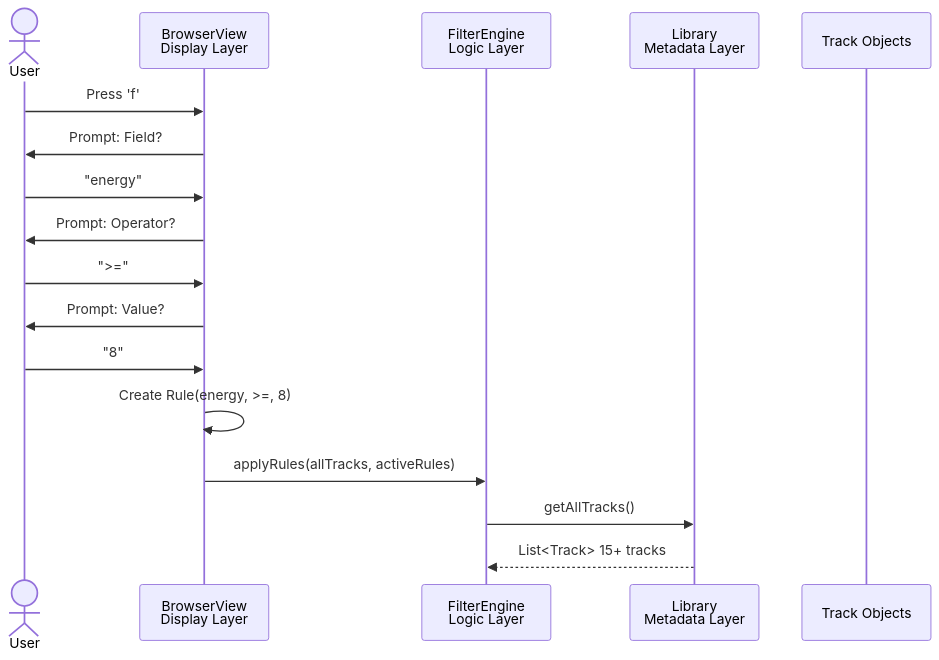
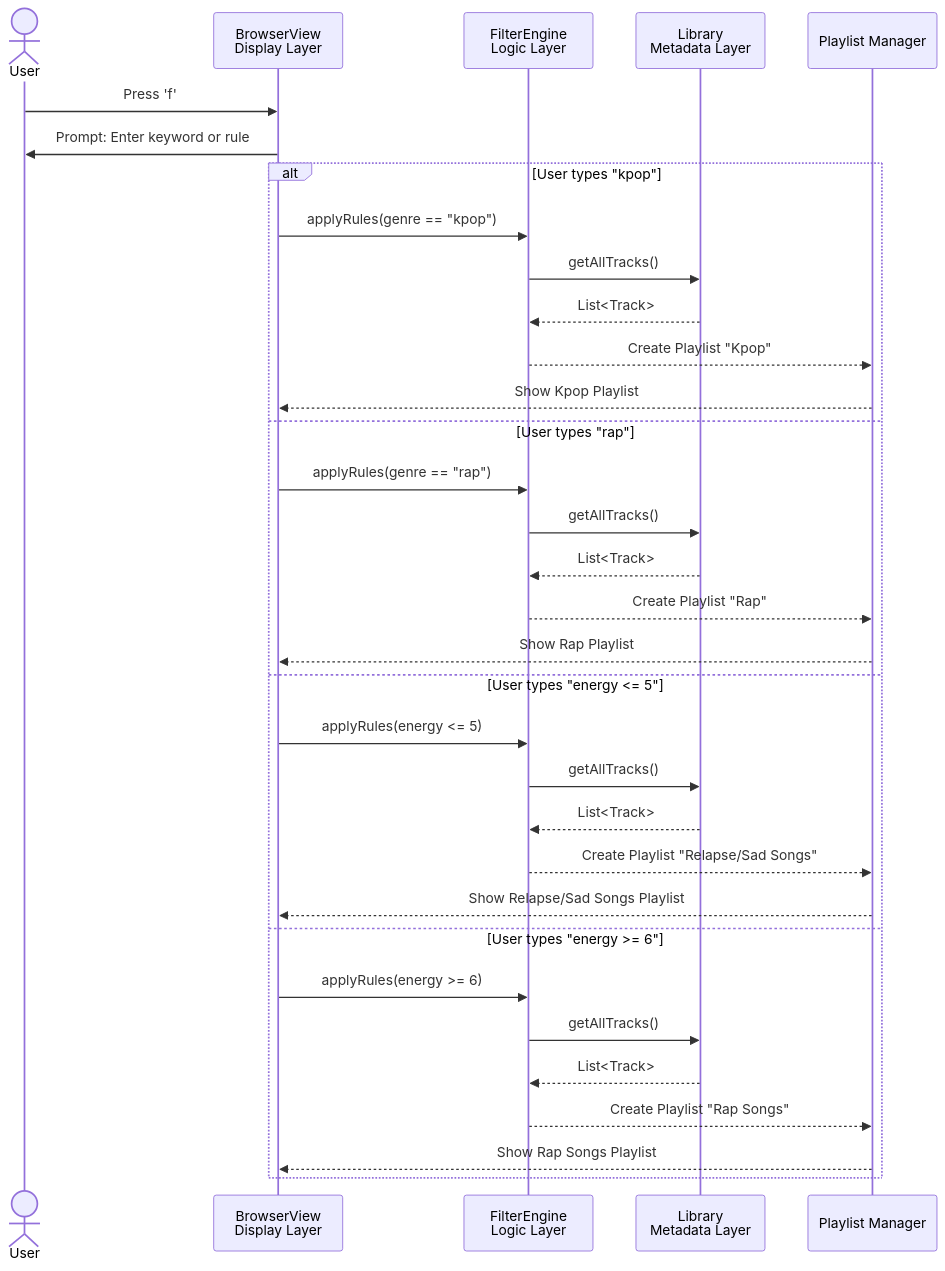
One commit to BSCpE-2-Software-Design/Libretto changed the second of 2 diagrams in README.md. Above: the diagram before and after it, drawn with Mermaid.

````diff
--- a/README.md
+++ b/README.md
@@ -48,20 +48,37 @@
 ```mermaid
 sequenceDiagram
     actor User
     participant UI as BrowserView<br/>Display Layer
     participant FE as FilterEngine<br/>Logic Layer  
     participant Lib as Library<br/>Metadata Layer
-    participant Track as Track Objects
-    
+    participant PL as Playlist Manager
+
     User->>UI: Press 'f'
-    UI->>User: Prompt: Field?
-    User->>UI: "energy"
-    UI->>User: Prompt: Operator?
-    User->>UI: ">="
-    UI->>User: Prompt: Value?
-    User->>UI: "8"
-    UI->>UI: Create Rule(energy, >=, 8)
-    UI->>FE: applyRules(allTracks, activeRules)
-    FE->>Lib: getAllTracks()
-    Lib-->>FE: List<Track> 15+ tracks
+    UI->>User: Prompt: Enter keyword or rule
+
+    alt User types "kpop"
+        UI->>FE: applyRules(genre == "kpop")
+        FE->>Lib: getAllTracks()
+        Lib-->>FE: List<Track>
+        FE-->>PL: Create Playlist "Kpop"
+        PL-->>UI: Show Kpop Playlist
+    else User types "rap"
+        UI->>FE: applyRules(genre == "rap")
+        FE->>Lib: getAllTracks()
+        Lib-->>FE: List<Track>
+        FE-->>PL: Create Playlist "Rap"
+        PL-->>UI: Show Rap Playlist
+    else User types "energy <= 5"
+        UI->>FE: applyRules(energy <= 5)
+        FE->>Lib: getAllTracks()
+        Lib-->>FE: List<Track>
+        FE-->>PL: Create Playlist "Relapse/Sad Songs"
+        PL-->>UI: Show Relapse/Sad Songs Playlist
+    else User types "energy >= 6"
+        UI->>FE: applyRules(energy >= 6)
+        FE->>Lib: getAllTracks()
+        Lib-->>FE: List<Track>
+        FE-->>PL: Create Playlist "Rap Songs"
+        PL-->>UI: Show Rap Songs Playlist
+    end
 ```
````
